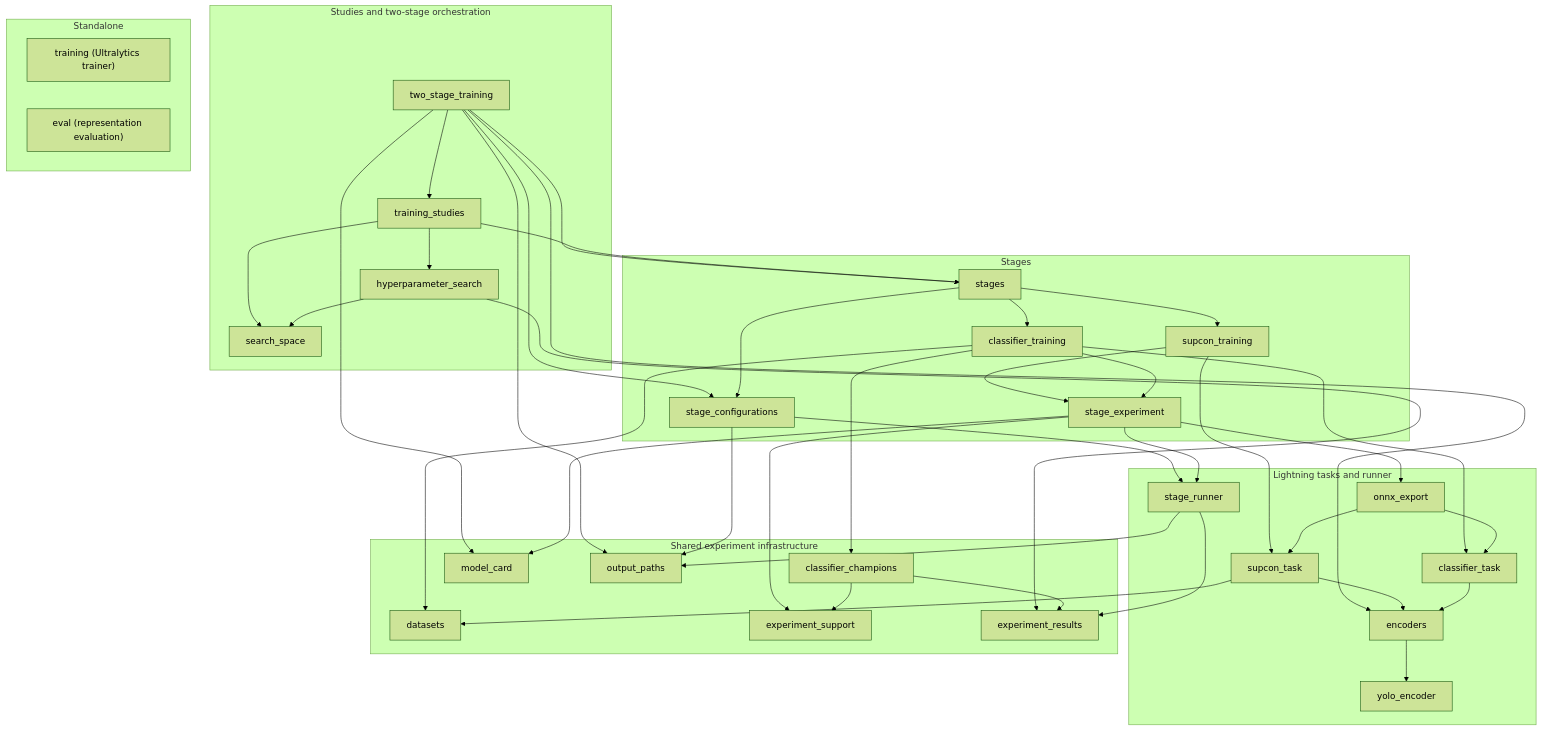
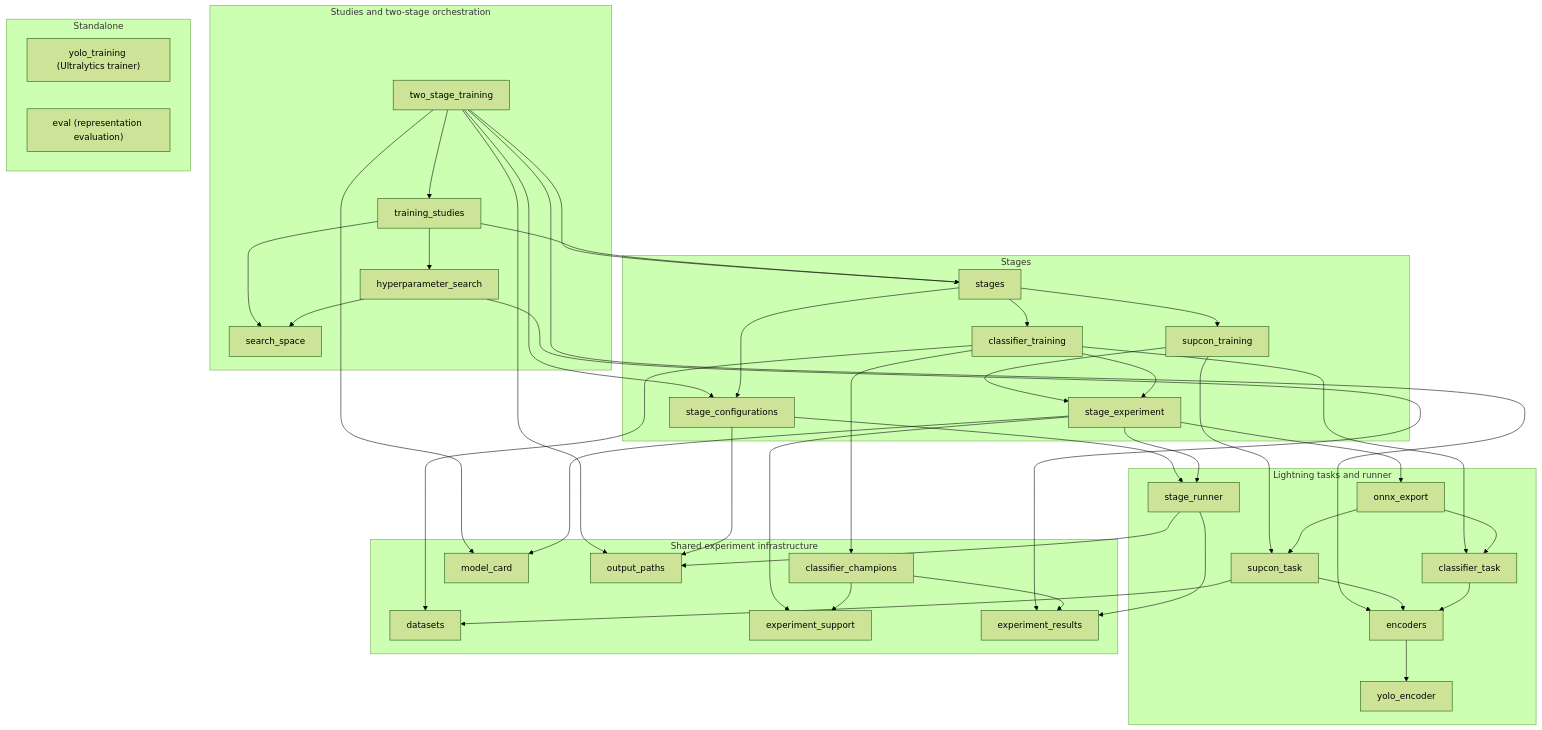
One commit to ssciwr/smartrodent_experiments changed the third of 7 diagrams in README.md. Above: the diagram before and after it, drawn with Mermaid (forest theme). The commit also changed other lines of this file, not shown here.

````diff
--- a/README.md
+++ b/README.md
@@ -259,77 +270,77 @@
 ```mermaid
 flowchart TB
     subgraph orchestration["Studies and two-stage orchestration"]
         two_stage_training
         training_studies
         hyperparameter_search
         search_space
     end
 
     subgraph stages["Stages"]
         stages_py["stages"]
         stage_configurations
         stage_experiment
         supcon_training
         classifier_training
     end
 
     subgraph tasks["Lightning tasks and runner"]
         supcon_task
         classifier_task
         stage_runner
         encoders
         yolo_encoder
         onnx_export
     end
 
     subgraph support["Shared experiment infrastructure"]
         datasets
         experiment_support
         experiment_results
         classifier_champions
         model_card
         output_paths
     end
 
     subgraph standalone["Standalone"]
-        training["training (Ultralytics trainer)"]
+        yolo_training["yolo_training (Ultralytics trainer)"]
         eval["eval (representation evaluation)"]
     end
 
     two_stage_training --> training_studies
     two_stage_training --> stages_py
     two_stage_training --> stage_configurations
     two_stage_training --> encoders
     two_stage_training --> output_paths
     two_stage_training --> model_card
     training_studies --> hyperparameter_search
     training_studies --> search_space
     training_studies --> stages_py
     hyperparameter_search --> search_space
     hyperparameter_search --> experiment_results
     stages_py --> supcon_training
     stages_py --> classifier_training
     stages_py --> stage_configurations
     supcon_training --> stage_experiment
     classifier_training --> stage_experiment
     classifier_training --> classifier_champions
     stage_configurations --> output_paths
     stage_configurations --> stage_runner
     stage_experiment --> stage_runner
     stage_experiment --> onnx_export
     stage_experiment --> experiment_support
     stage_experiment --> model_card
     supcon_training --> supcon_task
     classifier_training --> classifier_task
     supcon_task --> encoders
     classifier_task --> encoders
     encoders --> yolo_encoder
     stage_runner --> experiment_results
     stage_runner --> output_paths
     onnx_export --> supcon_task
     onnx_export --> classifier_task
     classifier_champions --> experiment_support
     classifier_champions --> experiment_results
     supcon_task --> datasets
     classifier_training --> datasets
 ```
````
